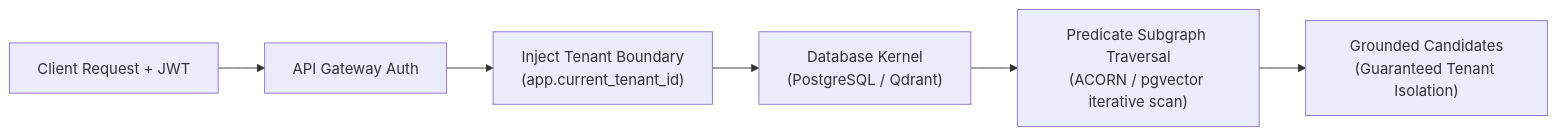
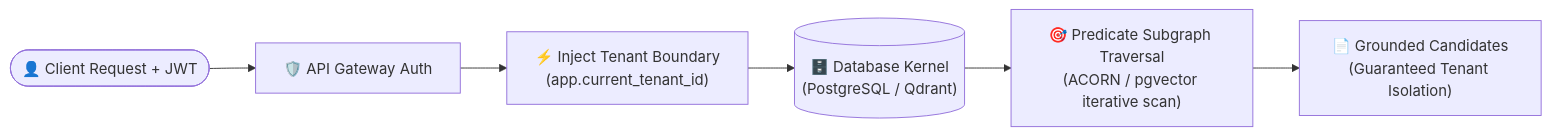
One commit to dip4k/senior-engineer-to-ai-engineer-roadmap changed the second of 4 diagrams in 02-rag-and-knowledge-systems/05-predicate-filtering-and-acorn.md. Above: the diagram before and after it, drawn with Mermaid. The commit also changed other lines of this file and 39 other files, not shown here.

First line of the commit message:
feat(curriculum): upgrade mermaid diagrams with unicode icons & codify anti-bloat layout rules

````diff
--- a/02-rag-and-knowledge-systems/05-predicate-filtering-and-acorn.md
+++ b/02-rag-and-knowledge-systems/05-predicate-filtering-and-acorn.md
@@ -64,8 +67,8 @@
 ```mermaid
 flowchart LR
-    User["Client Request + JWT"] --> Gateway["API Gateway Auth"]
-    Gateway --> Inject["Inject Tenant Boundary<br>(app.current_tenant_id)"]
-    Inject --> StorageEngine["Database Kernel<br>(PostgreSQL / Qdrant)"]
-    StorageEngine --> Traversal["Predicate Subgraph Traversal<br>(ACORN / pgvector iterative scan)"]
-    Traversal --> ZeroLeakage["Grounded Candidates<br>(Guaranteed Tenant Isolation)"]
+    User(["👤 Client Request + JWT"]) --> Gateway["🛡️ API Gateway Auth"]
+    Gateway --> Inject["⚡ Inject Tenant Boundary<br>(app.current_tenant_id)"]
+    Inject --> StorageEngine[("🗄️ Database Kernel<br>(PostgreSQL / Qdrant)")]
+    StorageEngine --> Traversal["🎯 Predicate Subgraph Traversal<br>(ACORN / pgvector iterative scan)"]
+    Traversal --> ZeroLeakage["📄 Grounded Candidates<br>(Guaranteed Tenant Isolation)"]
 ```
````
